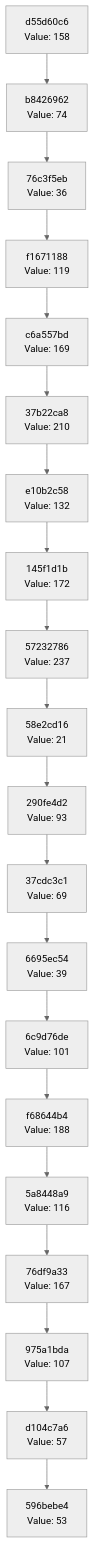
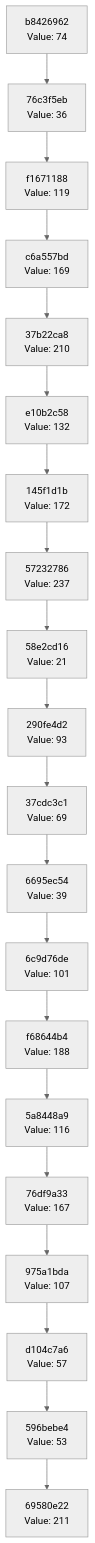
One commit to Abhisheksinha1506/hash-chain-evolver changed the diagram in docs/CHAIN_VISUALIZATION.md. Above: the diagram before and after it, drawn with Mermaid (neutral theme). The commit also changed 1 other file, not shown here.

Commit message:
Evolution step: hash 0xD3 → action executed

````diff
--- a/docs/CHAIN_VISUALIZATION.md
+++ b/docs/CHAIN_VISUALIZATION.md
@@ -3,42 +3,42 @@
 ```mermaid
 graph TD
-    C0["596bebe4<br/>Value: 53"]
-    C1["d104c7a6<br/>Value: 57"]
+    C0["69580e22<br/>Value: 211"]
+    C1["596bebe4<br/>Value: 53"]
     C1 --> C0
-    C2["975a1bda<br/>Value: 107"]
+    C2["d104c7a6<br/>Value: 57"]
     C2 --> C1
-    C3["76df9a33<br/>Value: 167"]
+    C3["975a1bda<br/>Value: 107"]
     C3 --> C2
-    C4["5a8448a9<br/>Value: 116"]
+    C4["76df9a33<br/>Value: 167"]
     C4 --> C3
-    C5["f68644b4<br/>Value: 188"]
+    C5["5a8448a9<br/>Value: 116"]
     C5 --> C4
-    C6["6c9d76de<br/>Value: 101"]
+    C6["f68644b4<br/>Value: 188"]
     C6 --> C5
-    C7["6695ec54<br/>Value: 39"]
+    C7["6c9d76de<br/>Value: 101"]
     C7 --> C6
-    C8["37cdc3c1<br/>Value: 69"]
+    C8["6695ec54<br/>Value: 39"]
     C8 --> C7
-    C9["290fe4d2<br/>Value: 93"]
+    C9["37cdc3c1<br/>Value: 69"]
     C9 --> C8
-    C10["58e2cd16<br/>Value: 21"]
+    C10["290fe4d2<br/>Value: 93"]
     C10 --> C9
-    C11["57232786<br/>Value: 237"]
+    C11["58e2cd16<br/>Value: 21"]
     C11 --> C10
-    C12["145f1d1b<br/>Value: 172"]
+    C12["57232786<br/>Value: 237"]
     C12 --> C11
-    C13["e10b2c58<br/>Value: 132"]
+    C13["145f1d1b<br/>Value: 172"]
     C13 --> C12
-    C14["37b22ca8<br/>Value: 210"]
+    C14["e10b2c58<br/>Value: 132"]
     C14 --> C13
-    C15["c6a557bd<br/>Value: 169"]
+    C15["37b22ca8<br/>Value: 210"]
     C15 --> C14
-    C16["f1671188<br/>Value: 119"]
+    C16["c6a557bd<br/>Value: 169"]
     C16 --> C15
-    C17["76c3f5eb<br/>Value: 36"]
+    C17["f1671188<br/>Value: 119"]
     C17 --> C16
-    C18["b8426962<br/>Value: 74"]
+    C18["76c3f5eb<br/>Value: 36"]
     C18 --> C17
-    C19["d55d60c6<br/>Value: 158"]
+    C19["b8426962<br/>Value: 74"]
     C19 --> C18
 ```
````
